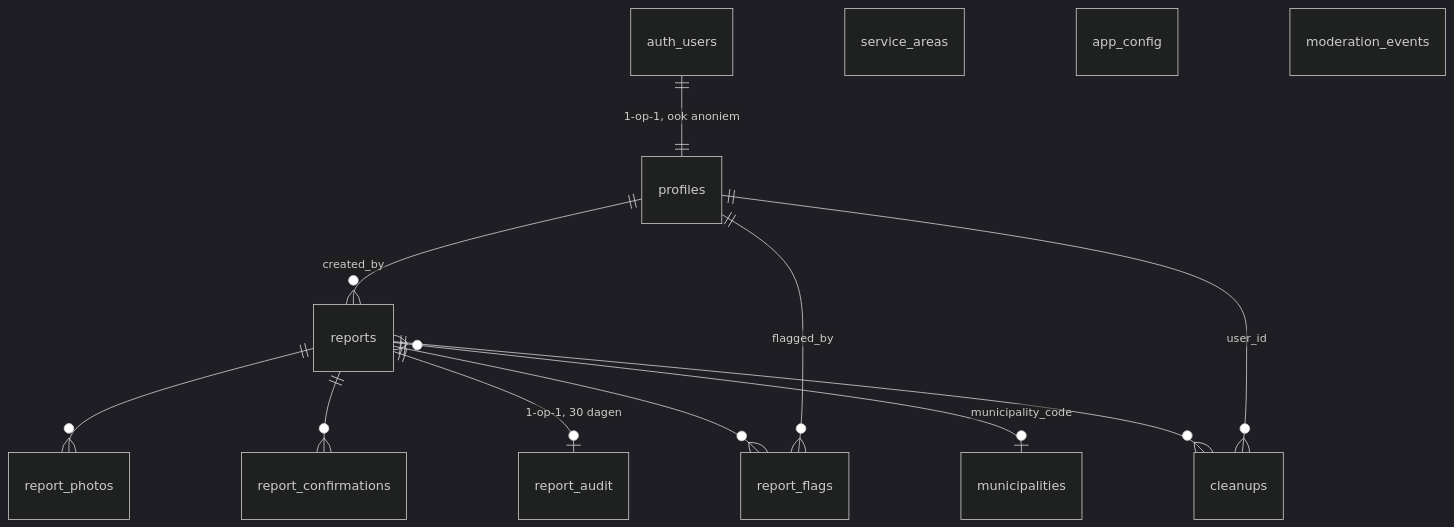
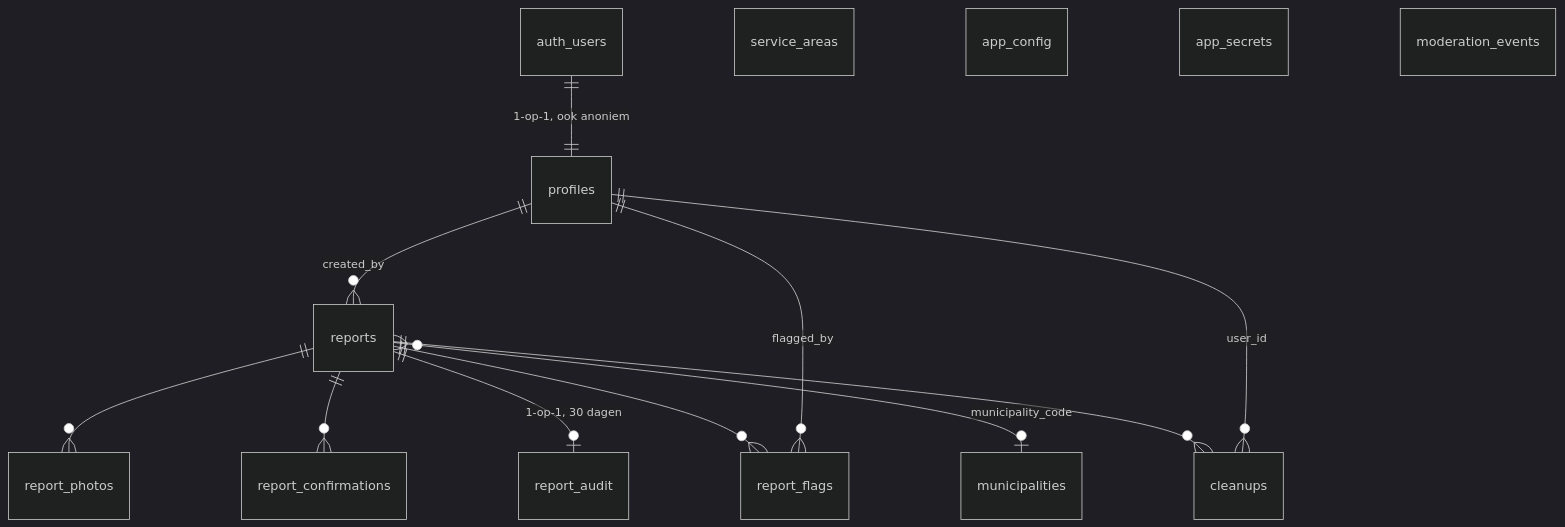
The diagram in docs/03-datamodel.md (Frakke99/civiceye), drawn with Mermaid (dark theme) before and after one commit. The commit also changed other lines of this file and 39 other files, not shown here.

````diff
--- a/docs/03-datamodel.md
+++ b/docs/03-datamodel.md
@@ -7,16 +7,17 @@
 ```mermaid
 erDiagram
     auth_users ||--|| profiles : "1-op-1, ook anoniem"
     profiles   ||--o{ reports : "created_by"
     profiles   ||--o{ report_flags : "flagged_by"
     profiles   ||--o{ cleanups : "user_id"
     reports    ||--o{ report_photos : ""
     reports    ||--o{ report_flags : ""
     reports    ||--o{ report_confirmations : ""
     reports    ||--o| report_audit : "1-op-1, 30 dagen"
     reports    ||--o{ cleanups : ""
     reports    }o--o| municipalities : "municipality_code"
     service_areas
     app_config
+    app_secrets
     moderation_events
 ```
````
